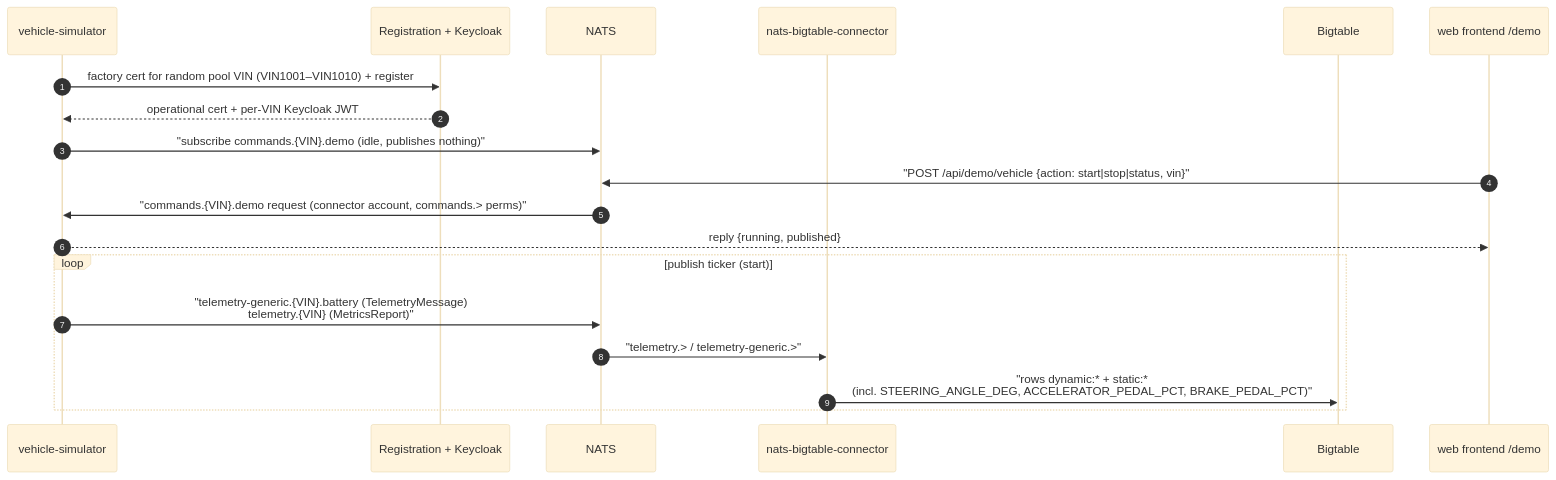
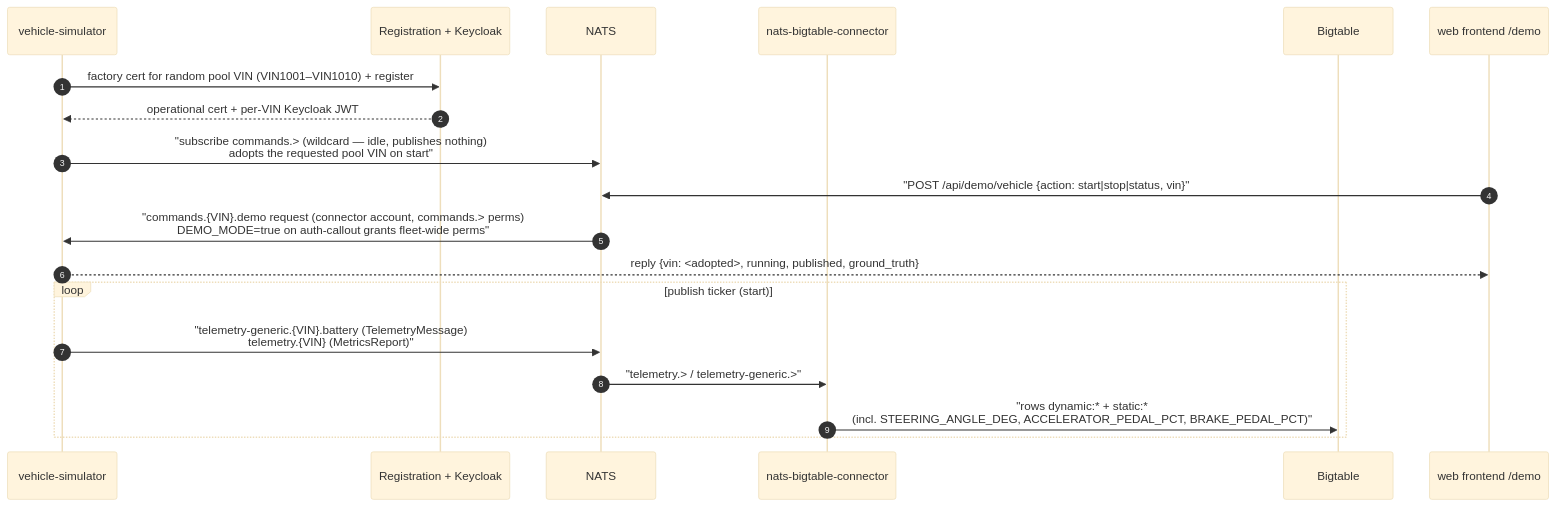
The second of 5 diagrams in local-dev/ARCHITECTURE.md (Atri10/nexus-sdv), drawn with Mermaid (base theme) before and after one commit. The commit also changed other lines of this file and 1 other file, not shown here.

Commit message:
docs: VIN switching (commands.> wildcard, DEMO_MODE perms) + per-wheel PM

````diff
--- a/local-dev/ARCHITECTURE.md
+++ b/local-dev/ARCHITECTURE.md
@@ -55,22 +55,22 @@
 ```mermaid
 sequenceDiagram
   autonumber
   participant SIM as vehicle-simulator
   participant REG as Registration + Keycloak
   participant NATS as NATS
   participant CONN as nats-bigtable-connector
   participant BT as Bigtable
   participant WEB as web frontend /demo
 
   SIM->>REG: factory cert for random pool VIN (VIN1001–VIN1010) + register
   REG-->>SIM: operational cert + per-VIN Keycloak JWT
-  SIM->>NATS: "subscribe commands.{VIN}.demo (idle, publishes nothing)"
+  SIM->>NATS: "subscribe commands.> (wildcard — idle, publishes nothing)<br/>adopts the requested pool VIN on start"
   WEB->>NATS: "POST /api/demo/vehicle {action: start|stop|status, vin}"
-  NATS->>SIM: "commands.{VIN}.demo request (connector account, commands.> perms)"
-  SIM-->>WEB: reply {running, published}
+  NATS->>SIM: "commands.{VIN}.demo request (connector account, commands.> perms)<br/>DEMO_MODE=true on auth-callout grants fleet-wide perms"
+  SIM-->>WEB: reply {vin: <adopted>, running, published, ground_truth}
   loop publish ticker (start)
     SIM->>NATS: "telemetry-generic.{VIN}.battery (TelemetryMessage)<br/>telemetry.{VIN} (MetricsReport)"
     NATS->>CONN: "telemetry.> / telemetry-generic.>"
     CONN->>BT: "rows dynamic:* + static:*<br/>(incl. STEERING_ANGLE_DEG, ACCELERATOR_PEDAL_PCT, BRAKE_PEDAL_PCT)"
   end
 ```
````
